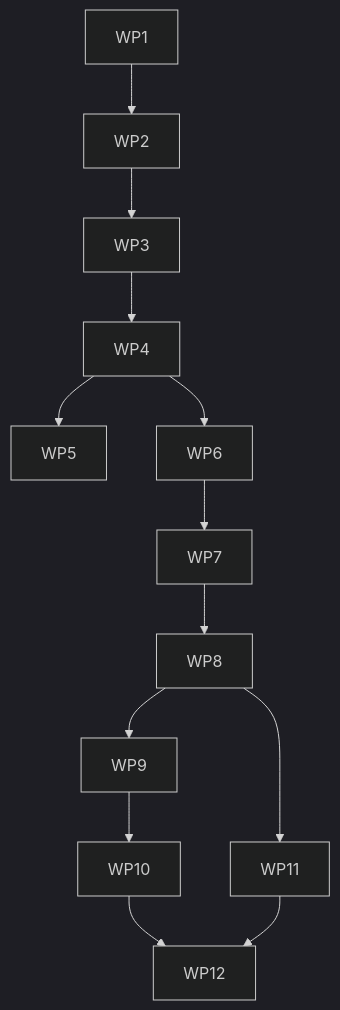
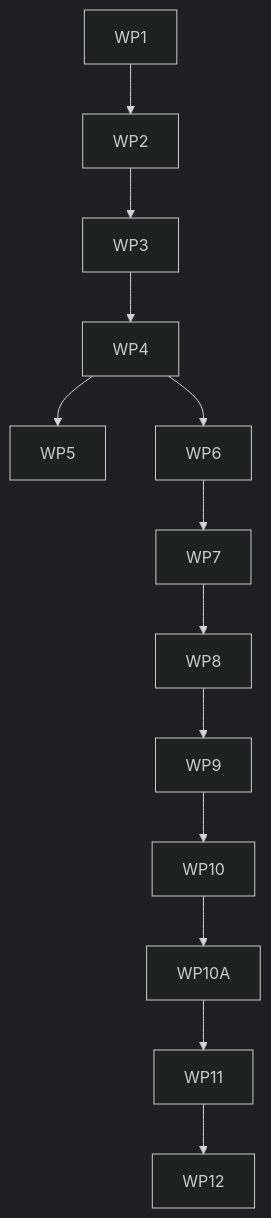
The second of 2 diagrams in docs/product/studio-roadmap.md (saschb2b/okf-studio), drawn with Mermaid (dark theme) before and after one commit. The commit also changed other lines of this file and 1 other file, not shown here.

Commit message:
docs(roadmap): add agent workspace UX pass

````diff
--- a/docs/product/studio-roadmap.md
+++ b/docs/product/studio-roadmap.md
@@ -242,7 +274,6 @@
 ```mermaid
 flowchart TD
   WP1 --> WP2 --> WP3 --> WP4
   WP4 --> WP5
-  WP4 --> WP6 --> WP7 --> WP8 --> WP9 --> WP10 --> WP12
-  WP8 --> WP11 --> WP12
+  WP4 --> WP6 --> WP7 --> WP8 --> WP9 --> WP10 --> WP10A --> WP11 --> WP12
 ```
````
